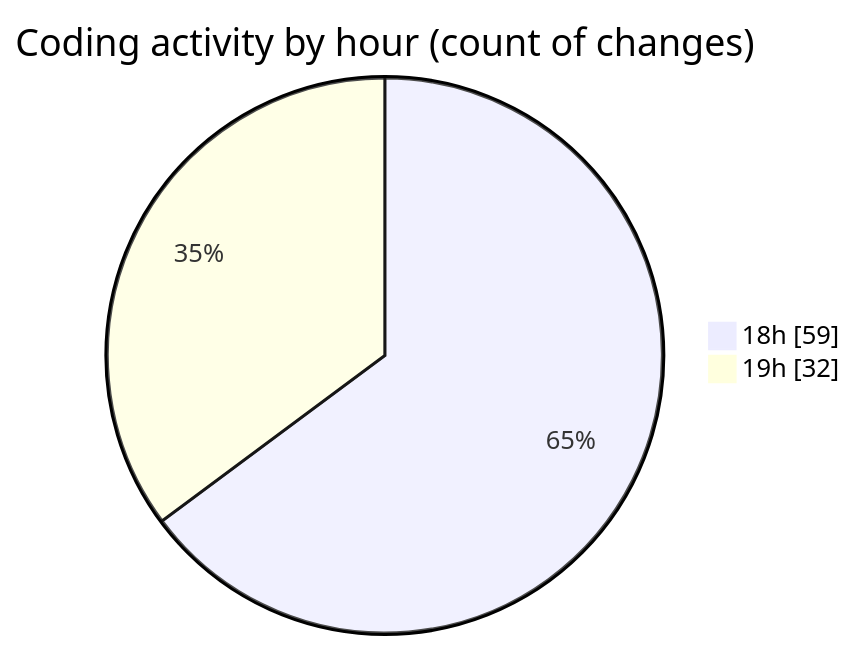
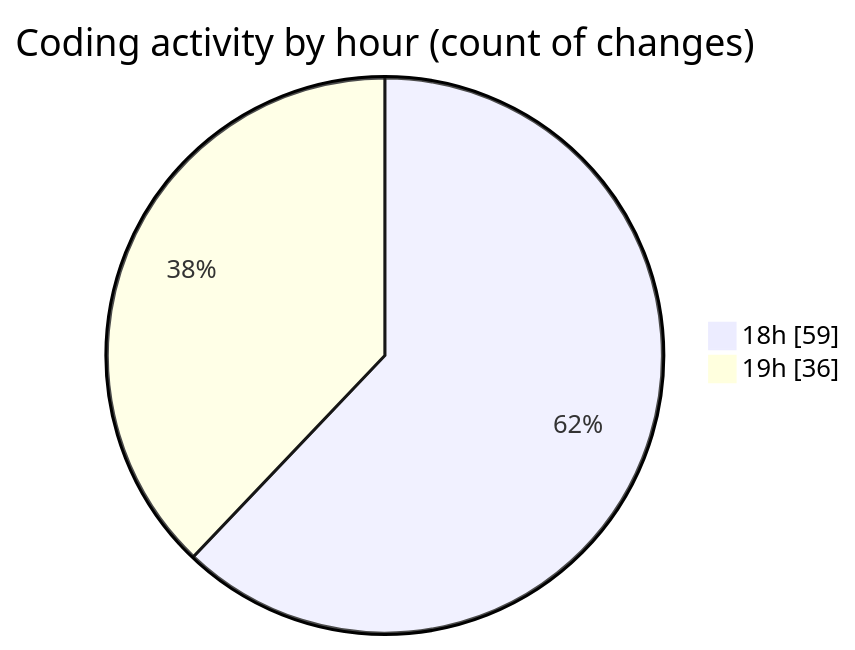
One commit to Netris89/code-tracking changed the second of 2 diagrams in 2025-04-02/back-end/README.md. Above: the diagram before and after it, drawn with Mermaid. The commit also changed other lines of this file and 1 other file, not shown here.

````diff
--- a/2025-04-02/back-end/README.md
+++ b/2025-04-02/back-end/README.md
@@ -30,6 +30,6 @@
 ```mermaid
 pie showData
 title Coding activity by hour (count of changes)
 "18h" : 59
-"19h" : 32
+"19h" : 36
 ```
````
